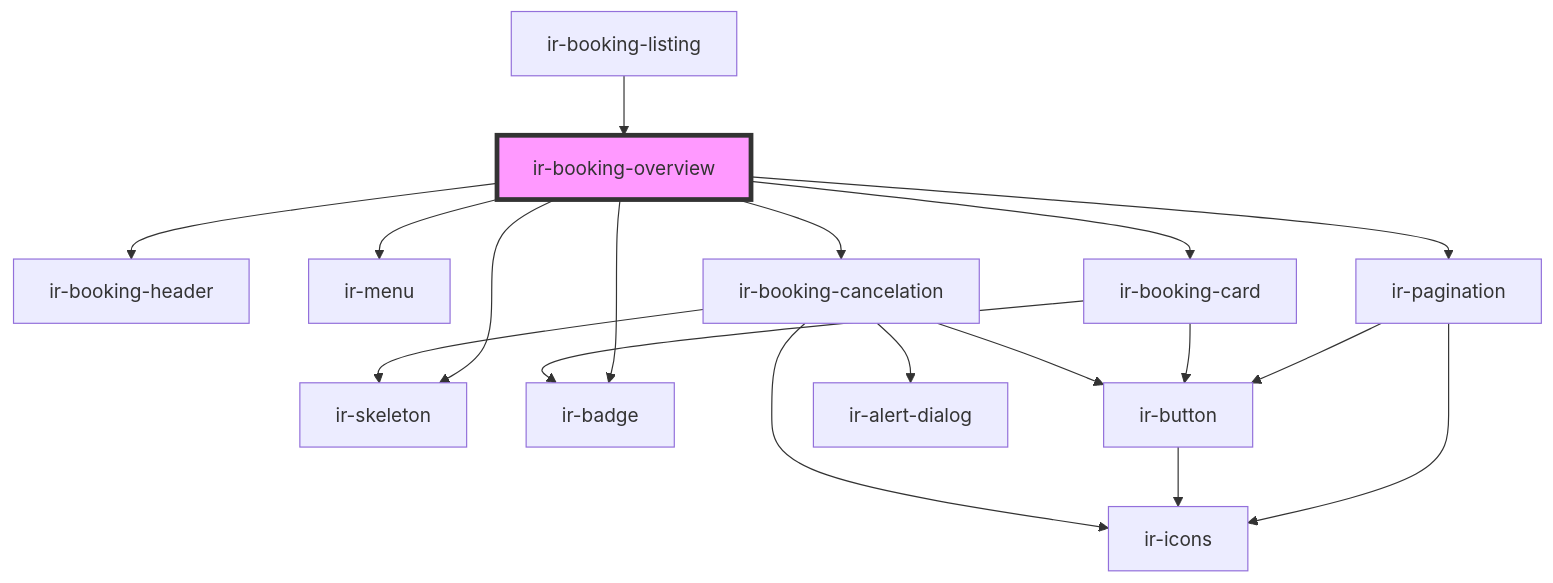
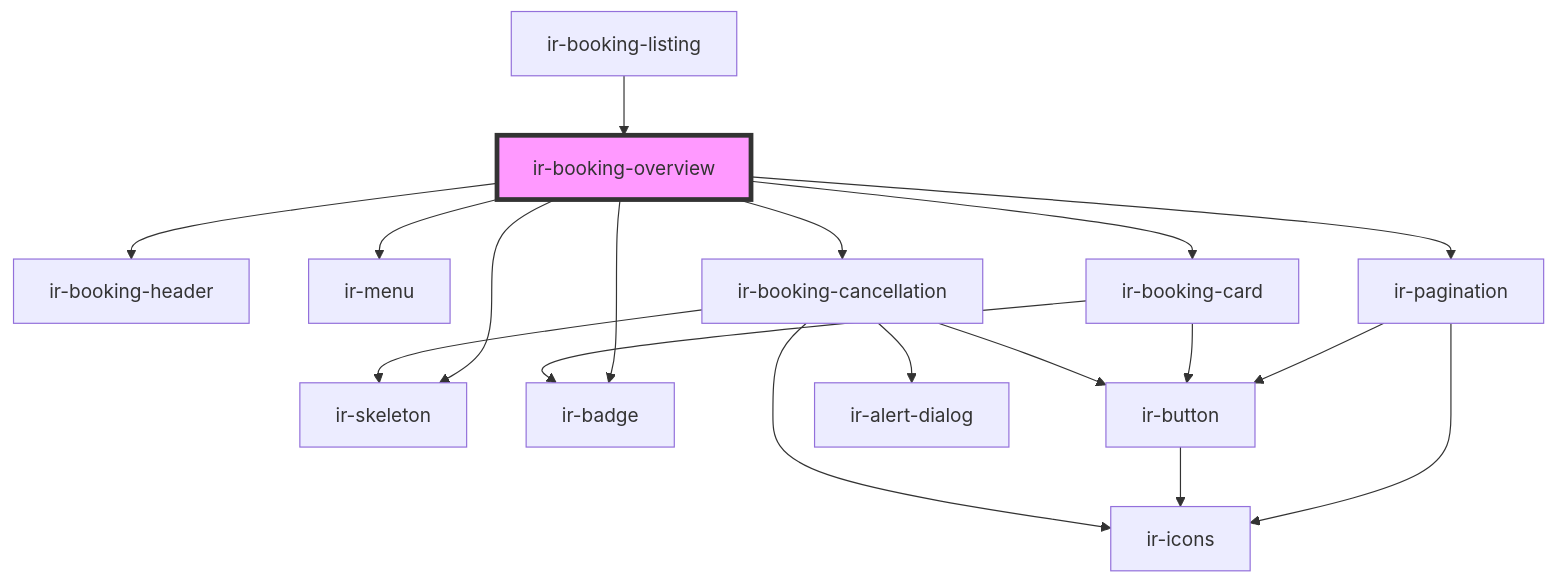
Before and after one commit to RonyRizk/ir-be: the diagram in src/components/ir-booking-engine/ir-booking-listing/ir-booking-overview/readme.md, drawn with Mermaid. The commit also changed other lines of this file and 48 other files, not shown here.

````diff
--- a/src/components/ir-booking-engine/ir-booking-listing/ir-booking-overview/readme.md
+++ b/src/components/ir-booking-engine/ir-booking-listing/ir-booking-overview/readme.md
@@ -44,21 +44,21 @@
 ```mermaid
 graph TD;
   ir-booking-overview --> ir-skeleton
   ir-booking-overview --> ir-booking-header
   ir-booking-overview --> ir-badge
   ir-booking-overview --> ir-menu
   ir-booking-overview --> ir-pagination
   ir-booking-overview --> ir-booking-card
-  ir-booking-overview --> ir-booking-cancelation
+  ir-booking-overview --> ir-booking-cancellation
   ir-pagination --> ir-button
   ir-pagination --> ir-icons
   ir-button --> ir-icons
   ir-booking-card --> ir-badge
   ir-booking-card --> ir-button
-  ir-booking-cancelation --> ir-alert-dialog
-  ir-booking-cancelation --> ir-skeleton
-  ir-booking-cancelation --> ir-icons
-  ir-booking-cancelation --> ir-button
+  ir-booking-cancellation --> ir-alert-dialog
+  ir-booking-cancellation --> ir-skeleton
+  ir-booking-cancellation --> ir-icons
+  ir-booking-cancellation --> ir-button
   ir-booking-listing --> ir-booking-overview
   style ir-booking-overview fill:#f9f,stroke:#333,stroke-width:4px
 ```
````
